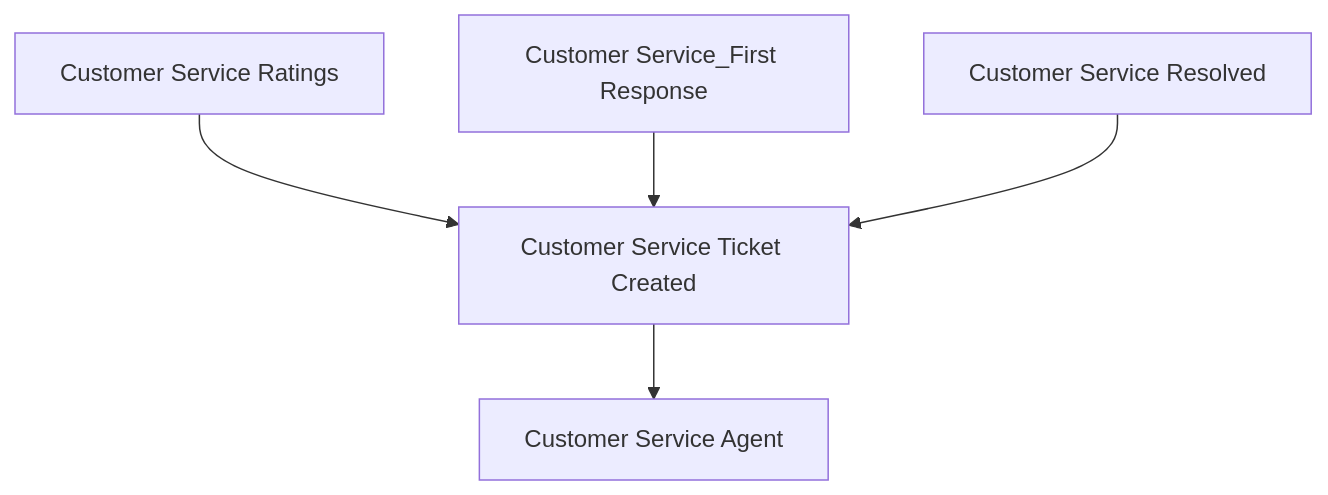
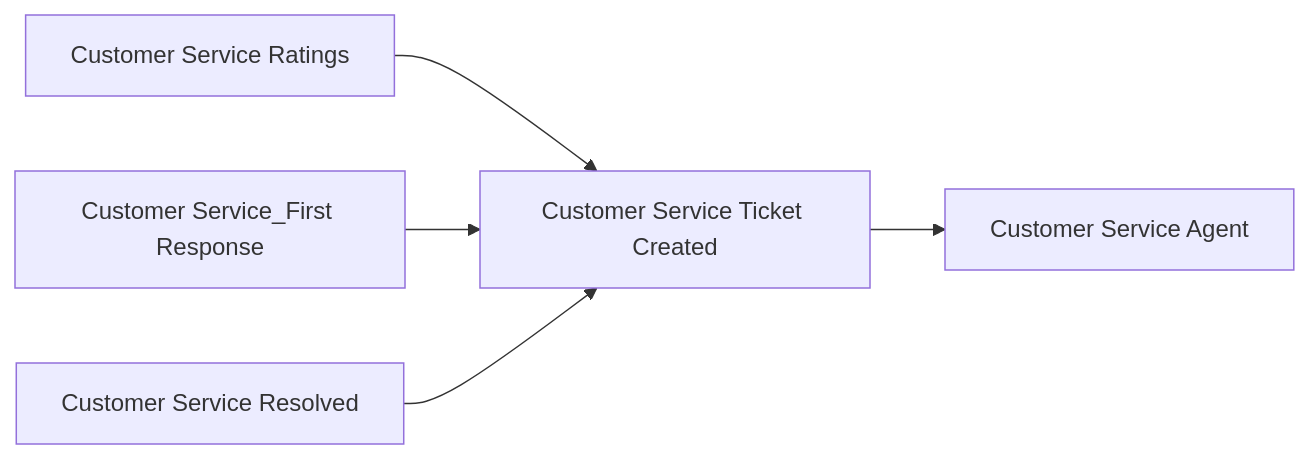
Before and after one commit to AliOko/alioko.github.io: the diagram in testedbyalioko/mermaid_flows/Exercise#2.md, drawn with Mermaid.

````diff
--- a/testedbyalioko/mermaid_flows/Exercise#2.md
+++ b/testedbyalioko/mermaid_flows/Exercise#2.md
@@ -1,8 +1,8 @@
 ```mermaid
 
-  graph TD;
+  graph LR;
       D[Customer Service Ratings]-->A[Customer Service Ticket Created];
       B[Customer Service_First Response]-->A[Customer Service Ticket Created];
       C[Customer Service Resolved]-->A[Customer Service Ticket Created];
       A[Customer Service Ticket Created]-->e[Customer Service Agent];
 ```
````
